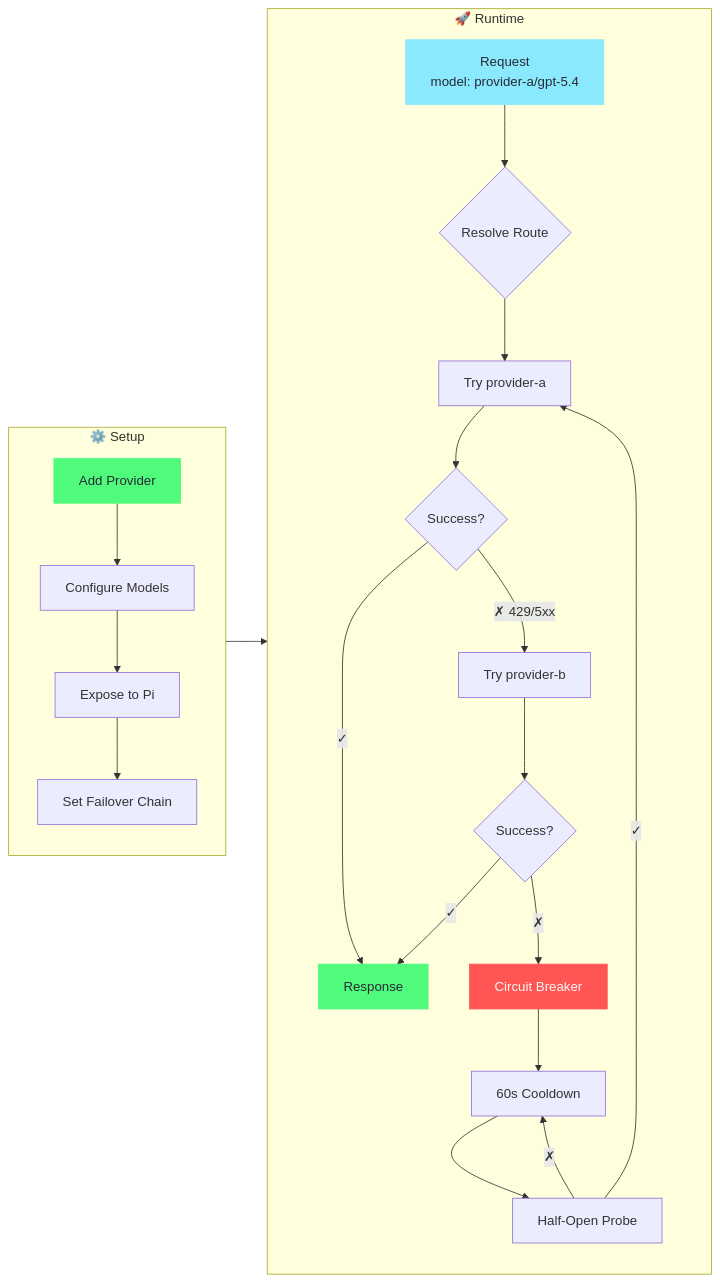
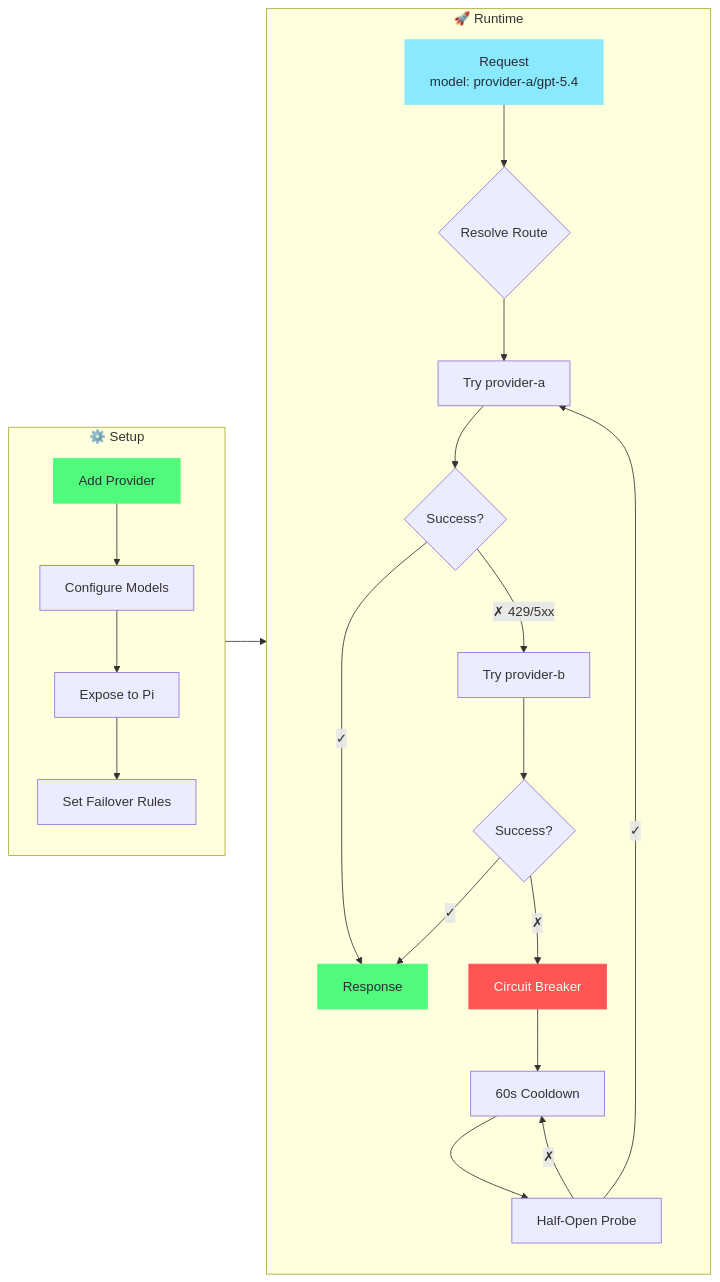
The diagram in README.md (andywang646691/pi-switch), drawn with Mermaid before and after one commit. The commit also changed other lines of this file and 25 other files, not shown here.

````diff
--- a/README.md
+++ b/README.md
@@ -175,30 +177,30 @@
 ```mermaid
 graph LR
     subgraph Setup["⚙️ Setup"]
         A[Add Provider] --> B[Configure Models]
         B --> C[Expose to Pi]
-        C --> D[Set Failover Chain]
+        C --> D[Set Failover Rules]
     end
 
     subgraph Runtime["🚀 Runtime"]
         E["Request<br/>model: provider-a/gpt-5.4"] --> F{Resolve Route}
         F --> G[Try provider-a]
         G --> H{Success?}
         H -->|✓| I[Response]
         H -->|✗ 429/5xx| J[Try provider-b]
         J --> K{Success?}
         K -->|✓| I
         K -->|✗| L[Circuit Breaker]
         L --> M[60s Cooldown]
         M --> N[Half-Open Probe]
         N -->|✓| G
         N -->|✗| M
     end
 
     Setup --> Runtime
 
     style A fill:#50fa7b,stroke:#50fa7b,color:#282a36
     style E fill:#8be9fd,stroke:#8be9fd,color:#282a36
     style I fill:#50fa7b,stroke:#50fa7b,color:#282a36
     style L fill:#ff5555,stroke:#ff5555,color:#f8f8f2
 ```
````
